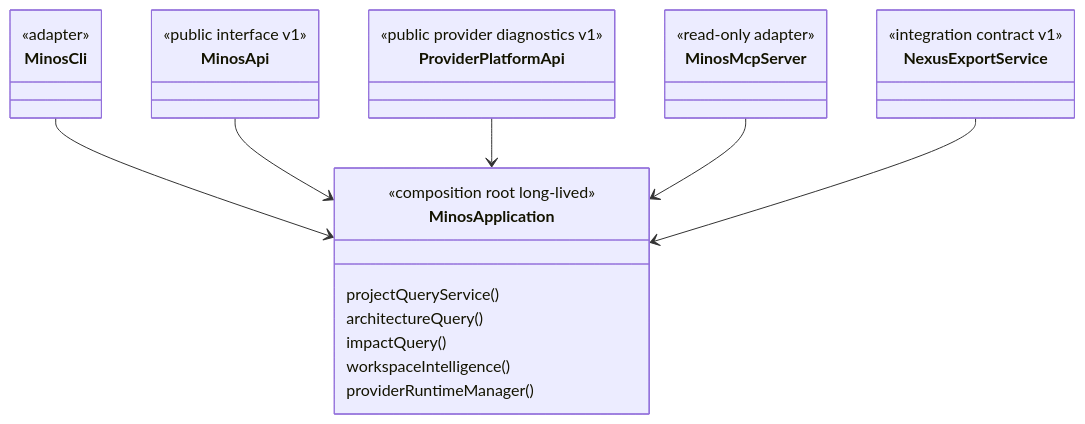
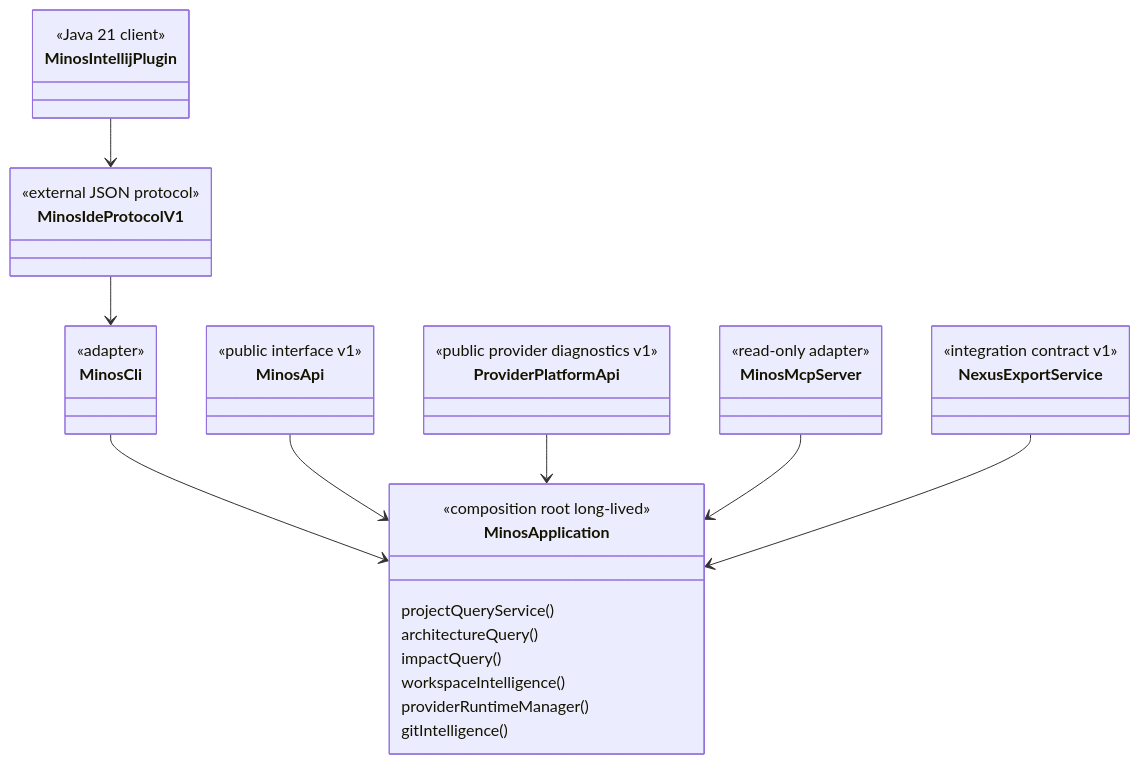
The diagram in docs/developer/public-surfaces.md (FTurleque/minos-code-intelligence), drawn with Mermaid before and after one commit. The commit also changed other lines of this file, not shown here.

````diff
--- a/docs/developer/public-surfaces.md
+++ b/docs/developer/public-surfaces.md
@@ -9,22 +9,27 @@
 ```mermaid
 classDiagram
     class MinosApplication {
       <<composition root long-lived>>
       projectQueryService()
       architectureQuery()
       impactQuery()
       workspaceIntelligence()
       providerRuntimeManager()
+      gitIntelligence()
     }
     class MinosCli { <<adapter>> }
+    class MinosIdeProtocolV1 { <<external JSON protocol>> }
+    class MinosIntellijPlugin { <<Java 21 client>> }
     class MinosApi { <<public interface v1>> }
     class ProviderPlatformApi { <<public provider diagnostics v1>> }
     class MinosMcpServer { <<read-only adapter>> }
     class NexusExportService { <<integration contract v1>> }
 
     MinosCli --> MinosApplication
+    MinosIdeProtocolV1 --> MinosCli
+    MinosIntellijPlugin --> MinosIdeProtocolV1
     MinosApi --> MinosApplication
     ProviderPlatformApi --> MinosApplication
     MinosMcpServer --> MinosApplication
     NexusExportService --> MinosApplication
 ```
````
